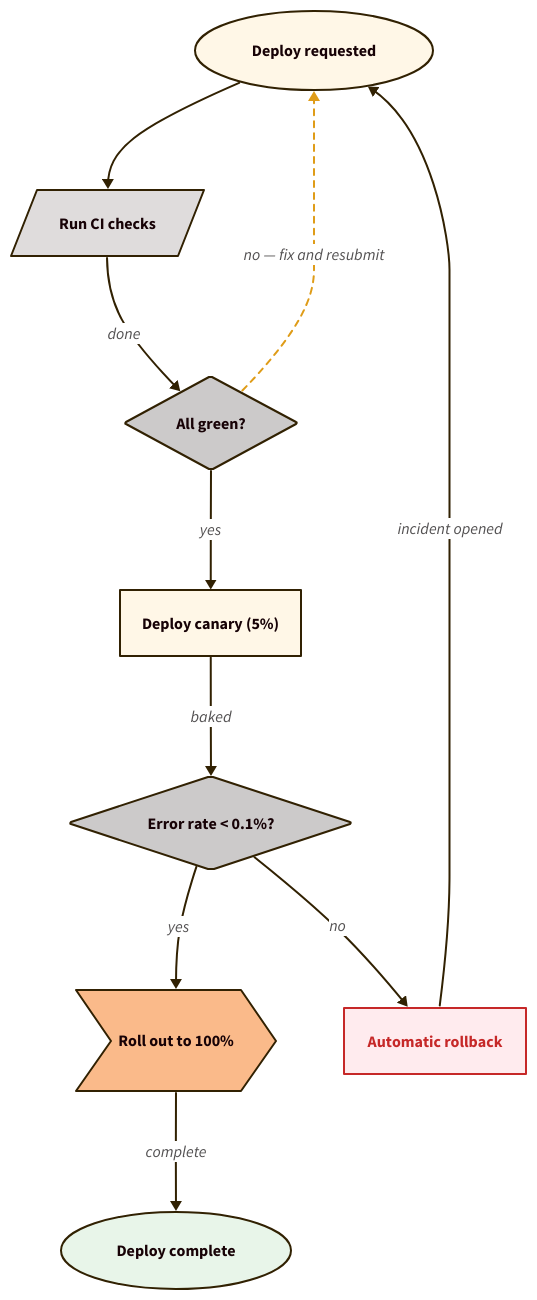
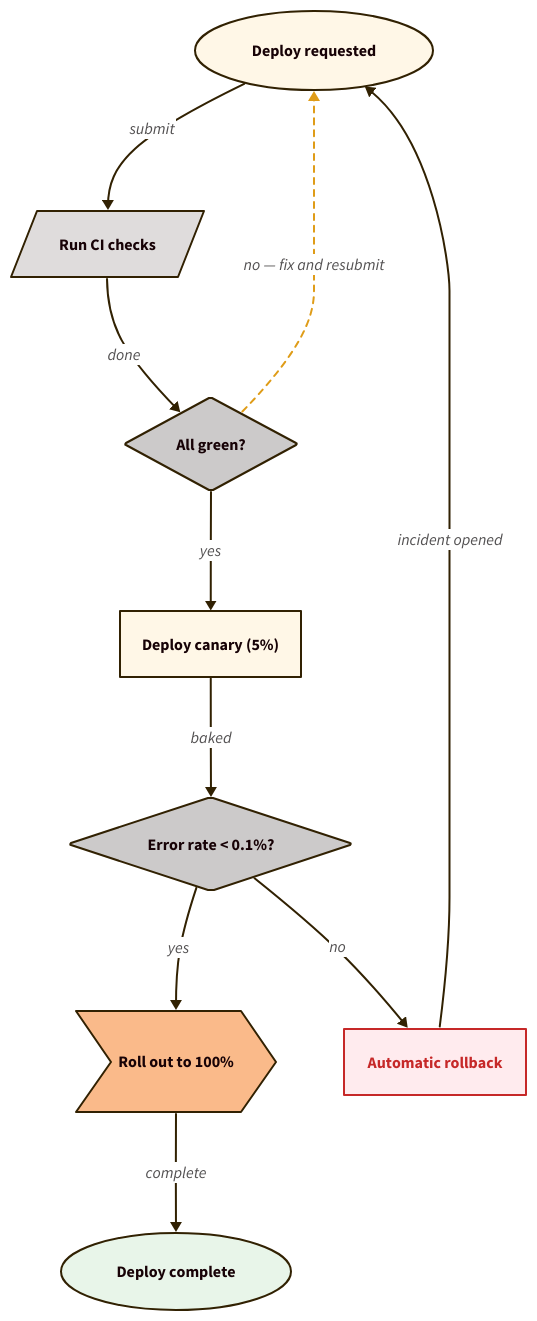
Before and after one commit to aksdrx/d2-mcp: the diagram in skills/d2-diagrams/examples/flowchart.d2, drawn with D2. The commit also changed 126 other files, not shown here.

```diff
--- a/skills/d2-diagrams/examples/flowchart.d2
+++ b/skills/d2-diagrams/examples/flowchart.d2
@@ -1,36 +1,36 @@
 # Flowchart: decision diamonds, labeled branches, loop-back edge.
 
 vars: {
   d2-config: {
     layout-engine: dagre
     theme-id: 105
     pad: 40
   }
 }
 
 direction: down
 
 start: Deploy requested {shape: oval}
 checks: Run CI checks {shape: parallelogram}
 green: All green? {shape: diamond}
 canary: Deploy canary (5%)
 metrics: Error rate < 0.1%? {shape: diamond}
 full: Roll out to 100% {shape: step}
 rollback: Automatic rollback {
   style: {
     fill: "#FFEBEE"
     stroke: "#C62828"
     font-color: "#C62828"
   }
 }
 done: Deploy complete {shape: oval; style.fill: "#E8F5E9"}
 
-start -> checks
+start -> checks: submit
 checks -> green: done
 green -> canary: yes
 green -> start: "no — fix and resubmit" {style.stroke-dash: 3}
 canary -> metrics: baked
 metrics -> full: yes
 metrics -> rollback: no
 rollback -> start: incident opened
 full -> done: complete
```
